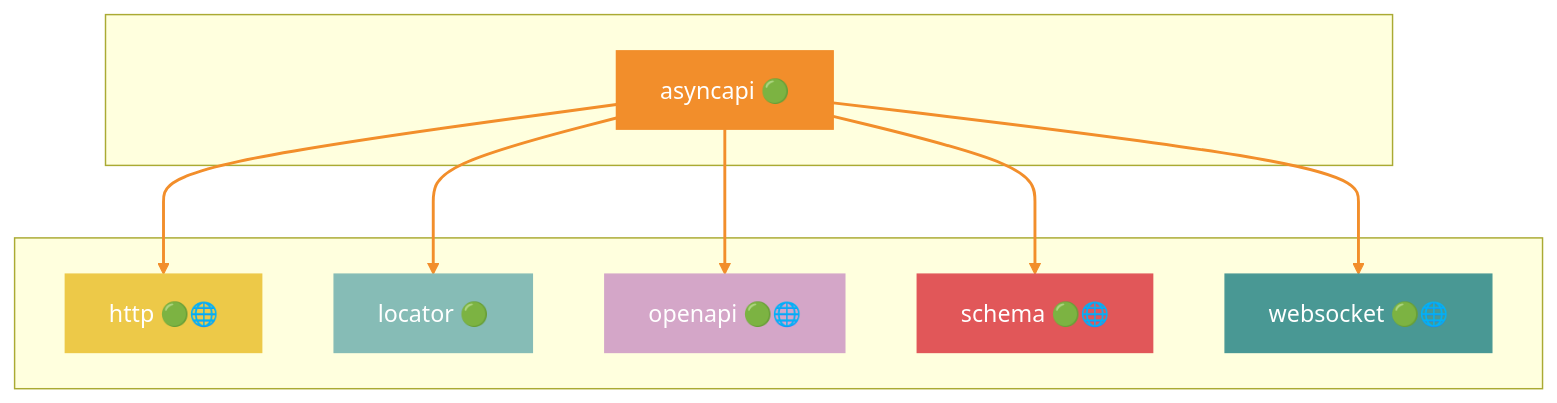
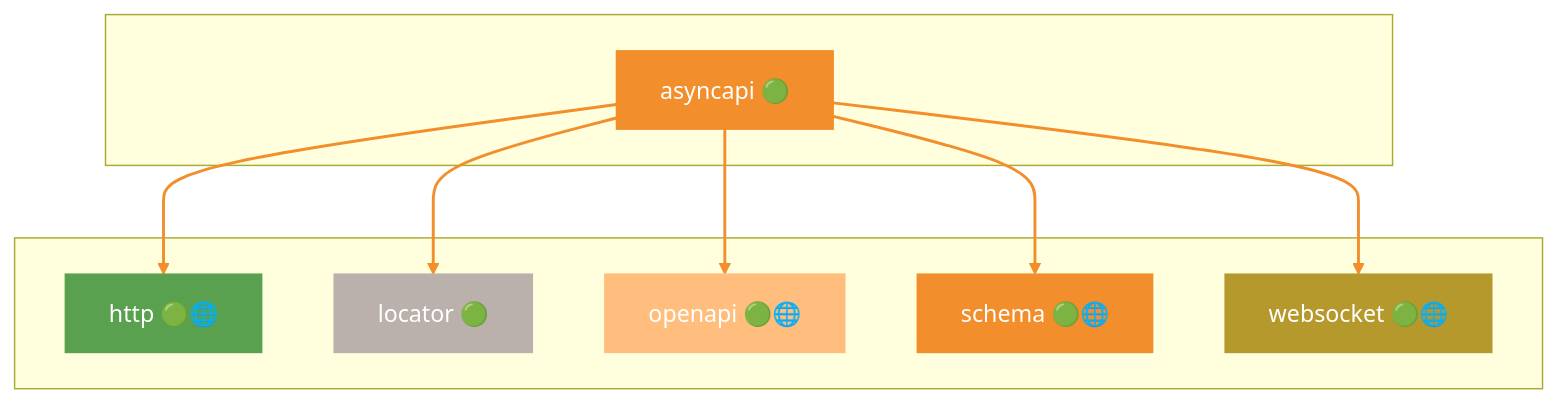
The third of 50 diagrams in docs/DEPENDENCIES.md (grest-ts/grest-ts), drawn with Mermaid before and after one commit. The commit also changed other lines of this file and 57 other files, not shown here.

````diff
--- a/docs/DEPENDENCIES.md
+++ b/docs/DEPENDENCIES.md
@@ -531,29 +525,29 @@
 ```mermaid
 flowchart TB
     subgraph Package[" "]
         asyncapi["asyncapi 🟢"]
     end
     subgraph Dependencies[" "]
         http["http 🟢🌐"]
         locator["locator 🟢"]
         openapi["openapi 🟢🌐"]
         schema["schema 🟢🌐"]
         websocket["websocket 🟢🌐"]
     end
     asyncapi --> http
     asyncapi --> locator
     asyncapi --> openapi
     asyncapi --> schema
     asyncapi --> websocket
     style asyncapi fill:#F28E2B,stroke:#F28E2B,color:#fff
-    style http fill:#EDC948,stroke:#EDC948,color:#fff
-    style locator fill:#86BCB6,stroke:#86BCB6,color:#fff
-    style openapi fill:#D4A6C8,stroke:#D4A6C8,color:#fff
-    style schema fill:#E15759,stroke:#E15759,color:#fff
-    style websocket fill:#499894,stroke:#499894,color:#fff
+    style http fill:#59A14F,stroke:#59A14F,color:#fff
+    style locator fill:#BAB0AC,stroke:#BAB0AC,color:#fff
+    style openapi fill:#FFBE7D,stroke:#FFBE7D,color:#fff
+    style schema fill:#F28E2B,stroke:#F28E2B,color:#fff
+    style websocket fill:#B6992D,stroke:#B6992D,color:#fff
     linkStyle 0 stroke:#F28E2B,stroke-width:2px
     linkStyle 1 stroke:#F28E2B,stroke-width:2px
     linkStyle 2 stroke:#F28E2B,stroke-width:2px
     linkStyle 3 stroke:#F28E2B,stroke-width:2px
     linkStyle 4 stroke:#F28E2B,stroke-width:2px
 ```
````
